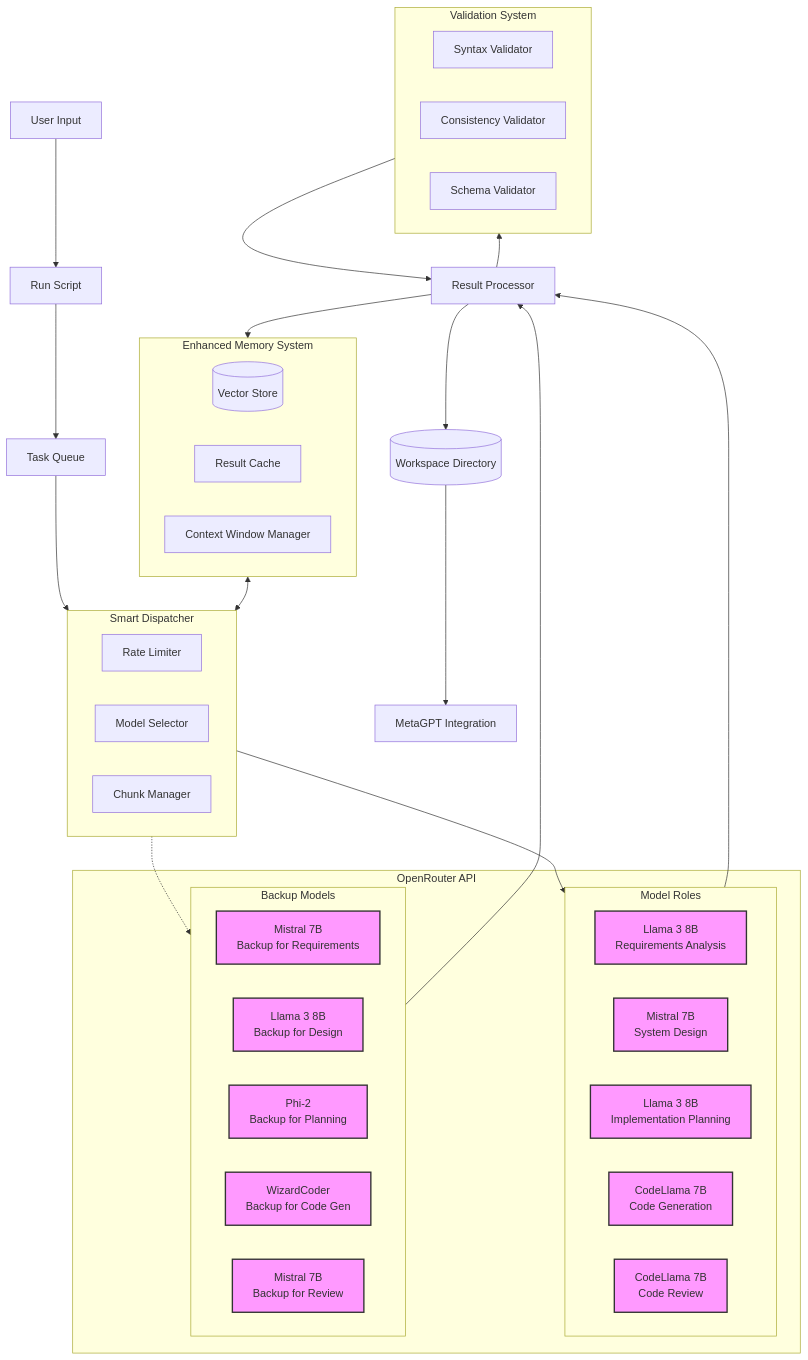
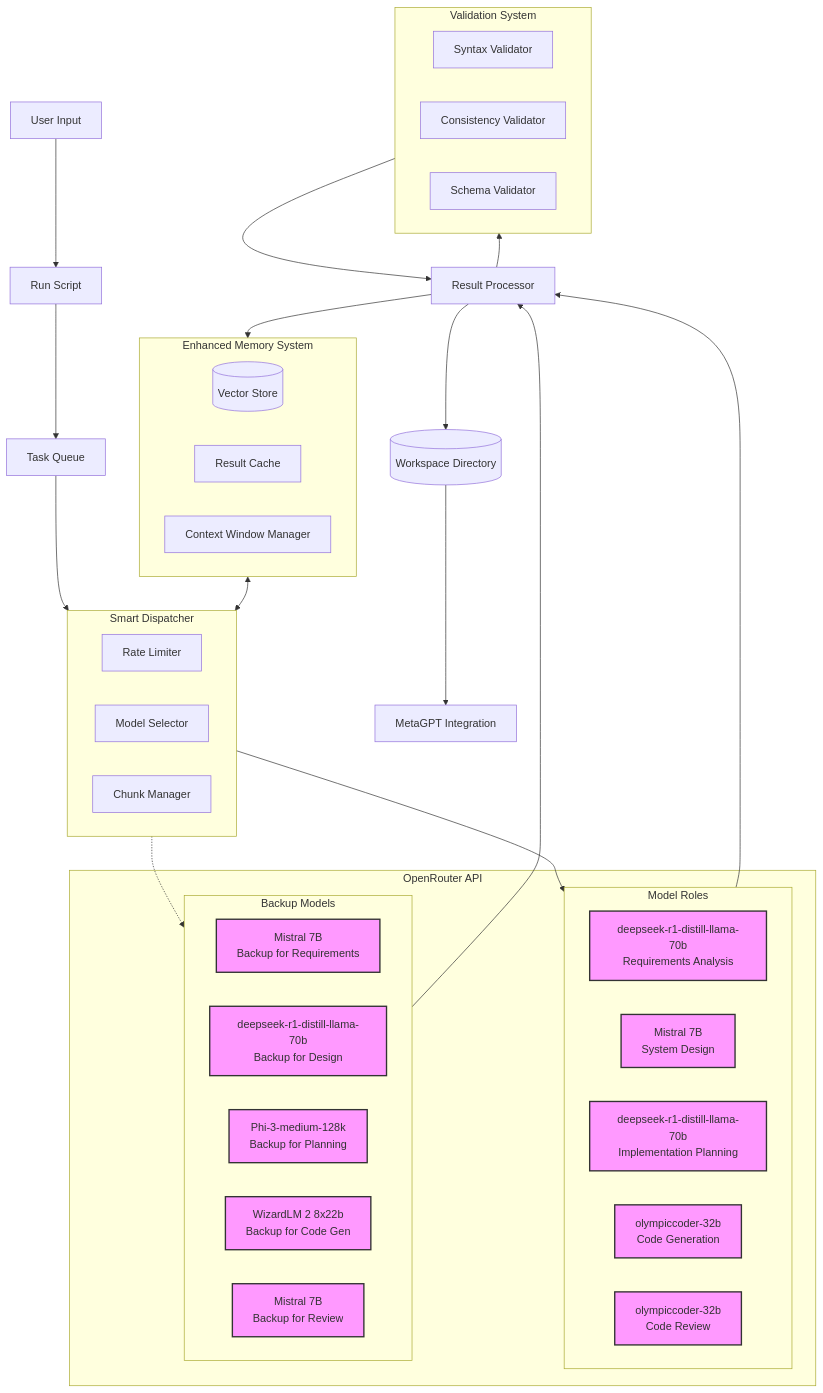
One commit to longvv/Free-Models-MetaGPT changed the diagram in architecture-diagram.mermaid. Above: the diagram before and after it, drawn with Mermaid. The commit also changed 6 other files, not shown here.

```diff
--- a/architecture-diagram.mermaid
+++ b/architecture-diagram.mermaid
@@ -1,59 +1,59 @@
 flowchart TB
     User[User Input] --> Runner[Run Script]
     
     Runner --> TaskQueue[Task Queue]
     
     subgraph Dispatcher[Smart Dispatcher]
         RateLimiter[Rate Limiter]
         ModelSelector[Model Selector]
         ChunkManager[Chunk Manager]
     end
     
     TaskQueue --> Dispatcher
     
     subgraph OpenRouter[OpenRouter API]
         subgraph ModelRoles[Model Roles]
-            LLM1[Llama 3 8B\nRequirements Analysis]
+            LLM1[deepseek-r1-distill-llama-70b\nRequirements Analysis]
             LLM2[Mistral 7B\nSystem Design]
-            LLM3[Llama 3 8B\nImplementation Planning]
-            LLM4[CodeLlama 7B\nCode Generation]
-            LLM5[CodeLlama 7B\nCode Review]
+            LLM3[deepseek-r1-distill-llama-70b\nImplementation Planning]
+            LLM4[olympiccoder-32b\nCode Generation]
+            LLM5[olympiccoder-32b\nCode Review]
         end
         
         subgraph BackupModels[Backup Models]
             BLLM1[Mistral 7B\nBackup for Requirements]
-            BLLM2[Llama 3 8B\nBackup for Design]
-            BLLM3[Phi-2\nBackup for Planning]
-            BLLM4[WizardCoder\nBackup for Code Gen]
+            BLLM2[deepseek-r1-distill-llama-70b\nBackup for Design]
+            BLLM3[Phi-3-medium-128k\nBackup for Planning]
+            BLLM4[WizardLM 2 8x22b\nBackup for Code Gen]
             BLLM5[Mistral 7B\nBackup for Review]
         end
     end
     
     Dispatcher --> ModelRoles
     Dispatcher -.-> BackupModels
     
     subgraph ContextManager[Enhanced Memory System]
         VectorDB[(Vector Store)]
         ResultCache[Result Cache]
         WindowManager[Context Window Manager]
     end
     
     subgraph Validators[Validation System]
         SyntaxCheck[Syntax Validator]
         ConsistencyCheck[Consistency Validator]
         SchemaCheck[Schema Validator]
     end
     
     ContextManager <--> Dispatcher
     ModelRoles --> ResultProcessor[Result Processor]
     BackupModels --> ResultProcessor
     ResultProcessor --> Validators
     Validators --> ResultProcessor
     ResultProcessor --> ContextManager
     
     ResultProcessor --> Workspace[(Workspace Directory)]
     
     Workspace --> MetaGPT[MetaGPT Integration]
     
     class LLM1,LLM2,LLM3,LLM4,LLM5,BLLM1,BLLM2,BLLM3,BLLM4,BLLM5 freeModel;
     classDef freeModel fill:#f9f,stroke:#333,stroke-width:2px;
```
